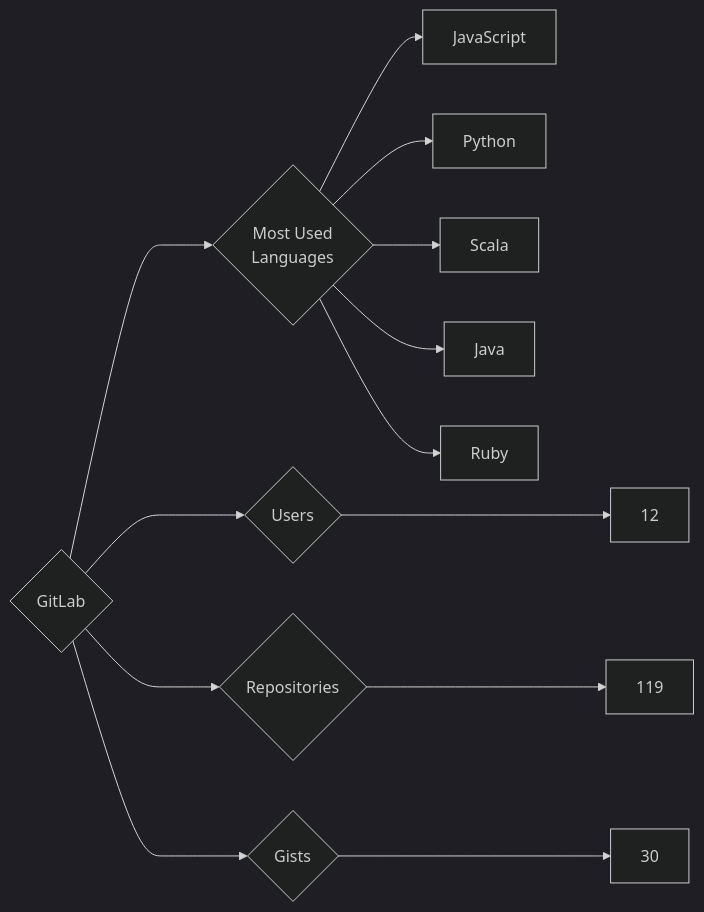
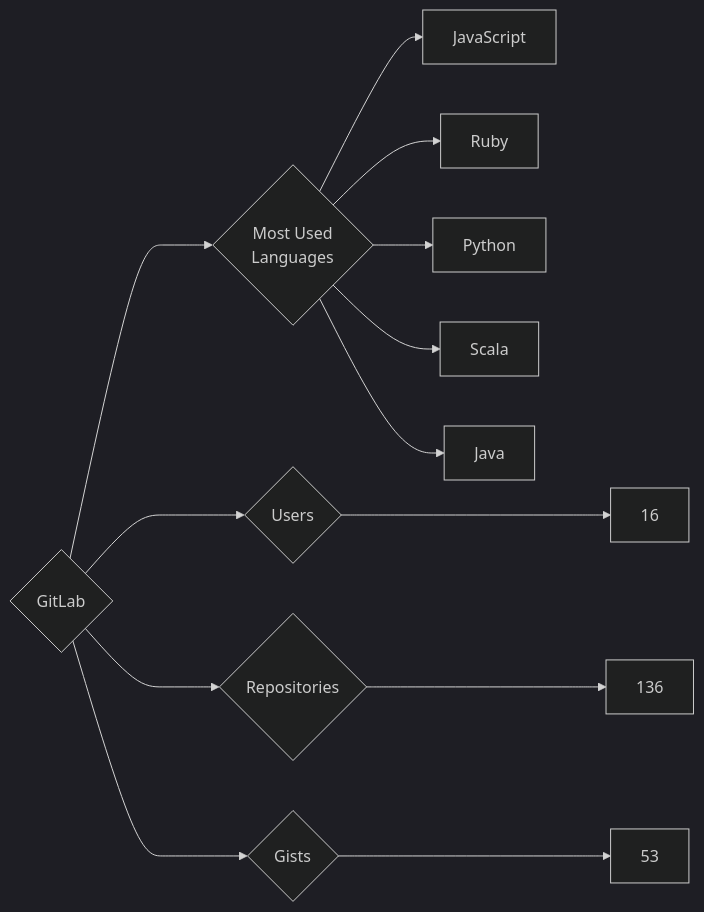
One commit to trickest/insiders changed the diagram in targets/GitLab/README.md. Above: the diagram before and after it, drawn with Mermaid (dark theme). The commit also changed 944 other files, not shown here.

````diff
--- a/targets/GitLab/README.md
+++ b/targets/GitLab/README.md
@@ -3,13 +3,13 @@
 ```mermaid
 graph LR
 COMPANY_NAME{GitLab}
-COMPANY_NAME ---> U{Users} ---> UN[12]
-COMPANY_NAME ---> R{Repositories} ---> RN[119]
-COMPANY_NAME ---> G{Gists} ---> GN[30]
+COMPANY_NAME ---> U{Users} ---> UN[16]
+COMPANY_NAME ---> R{Repositories} ---> RN[136]
+COMPANY_NAME ---> G{Gists} ---> GN[53]
 COMPANY_NAME ---> ML{Most Used<br>Languages}
 ML --> JavaScript[JavaScript]
+ML --> Ruby[Ruby]
 ML --> Python[Python]
 ML --> Scala[Scala]
 ML --> Java[Java]
-ML --> Ruby[Ruby]
 ```
````
